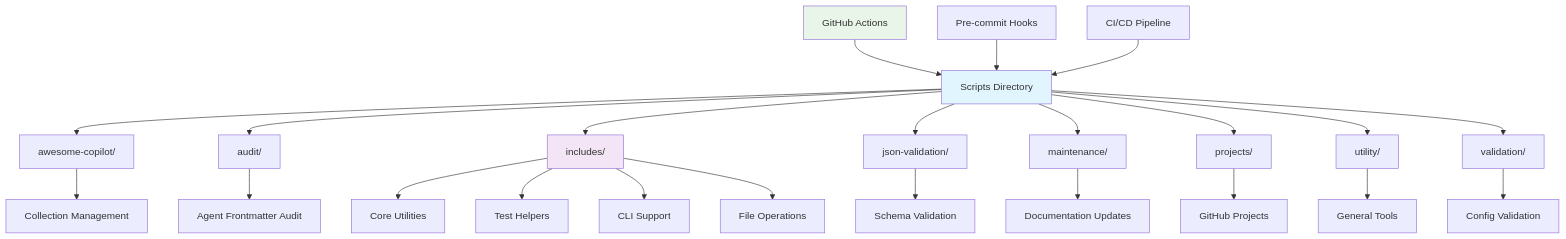
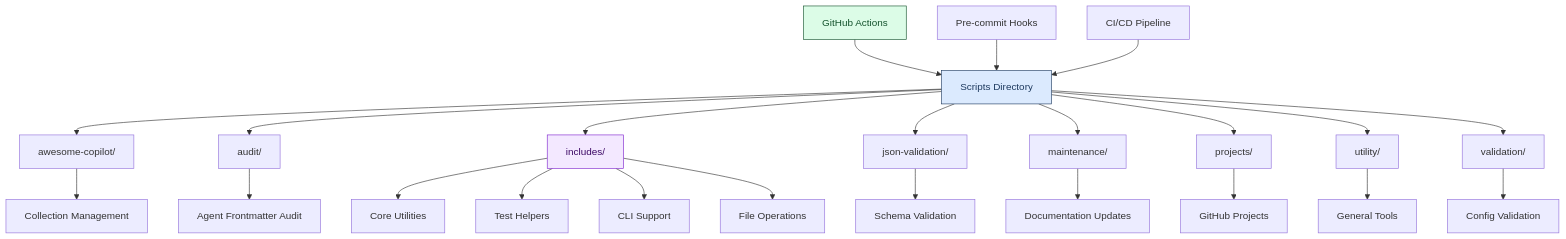
Before and after one commit to lightspeedwp/.github: the first of 3 diagrams in scripts/README.md, drawn with Mermaid. The commit also changed other lines of this file and 16 other files, not shown here.

First line of the commit message:
docs(mermaid): repository-wide diagram colour sweep and content refresh (#982)

````diff
--- a/scripts/README.md
+++ b/scripts/README.md
@@ -31,34 +31,36 @@
 ```mermaid
-graph TB
-accTitle: "Scripts and automation directory architecture"
-accDescr: "Shows the hierarchical structure of scripts directory including awesome-copilot, includes, validation, maintenance, and projects folders with their core utilities, test helpers, and integrations with GitHub Actions and CI/CD pipeline."
+---
+accTitle: Scripts and automation directory architecture
+accDescr: Shows the hierarchical structure of scripts directory including awesome-copilot, includes, validation, maintenance, and projects folders with their core utilities, test helpers, and integrations with GitHub Actions and CI/CD pipeline.
+---
+flowchart TD
     A[Scripts Directory] --> B[awesome-copilot/]
     A --> V[audit/]
     A --> C[includes/]
     A --> D[json-validation/]
     A --> E[maintenance/]
     A --> F[projects/]
     A --> G[utility/]
     A --> H[validation/]
 
     C --> I[Core Utilities]
     C --> J[Test Helpers]
     C --> K[CLI Support]
     C --> L[File Operations]
 
     B --> M[Collection Management]
     V --> W[Agent Frontmatter Audit]
     D --> N[Schema Validation]
     E --> O[Documentation Updates]
     F --> P[GitHub Projects]
     G --> Q[General Tools]
     H --> R[Config Validation]
 
     S[GitHub Actions] --> A
     T[Pre-commit Hooks] --> A
     U[CI/CD Pipeline] --> A
 
-    style A fill:#e1f5fe
-    style C fill:#f3e5f5
-    style S fill:#e8f5e8
+    style A fill:#dbeafe,color:#1e3a5f,stroke:#1e3a5f
+    style C fill:#f3e8ff,color:#3b0764,stroke:#7e22ce
+    style S fill:#dcfce7,color:#14532d,stroke:#14532d
 ```
````
